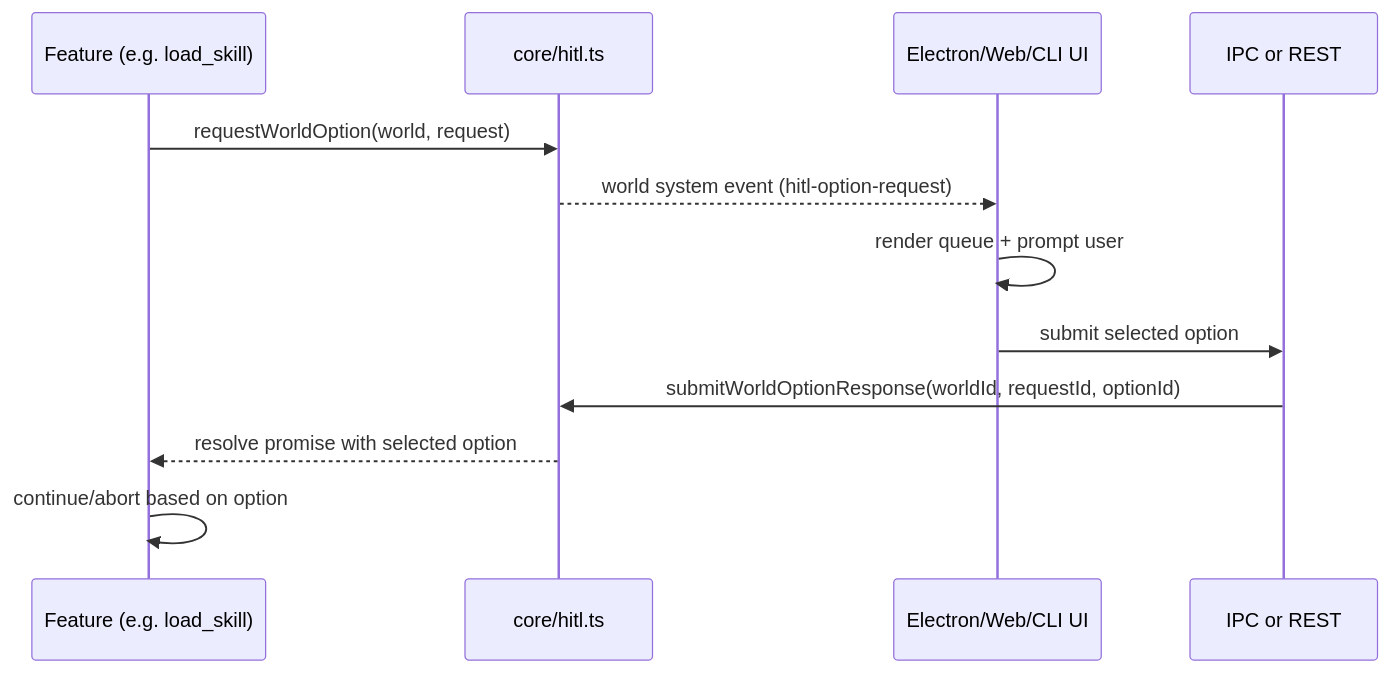
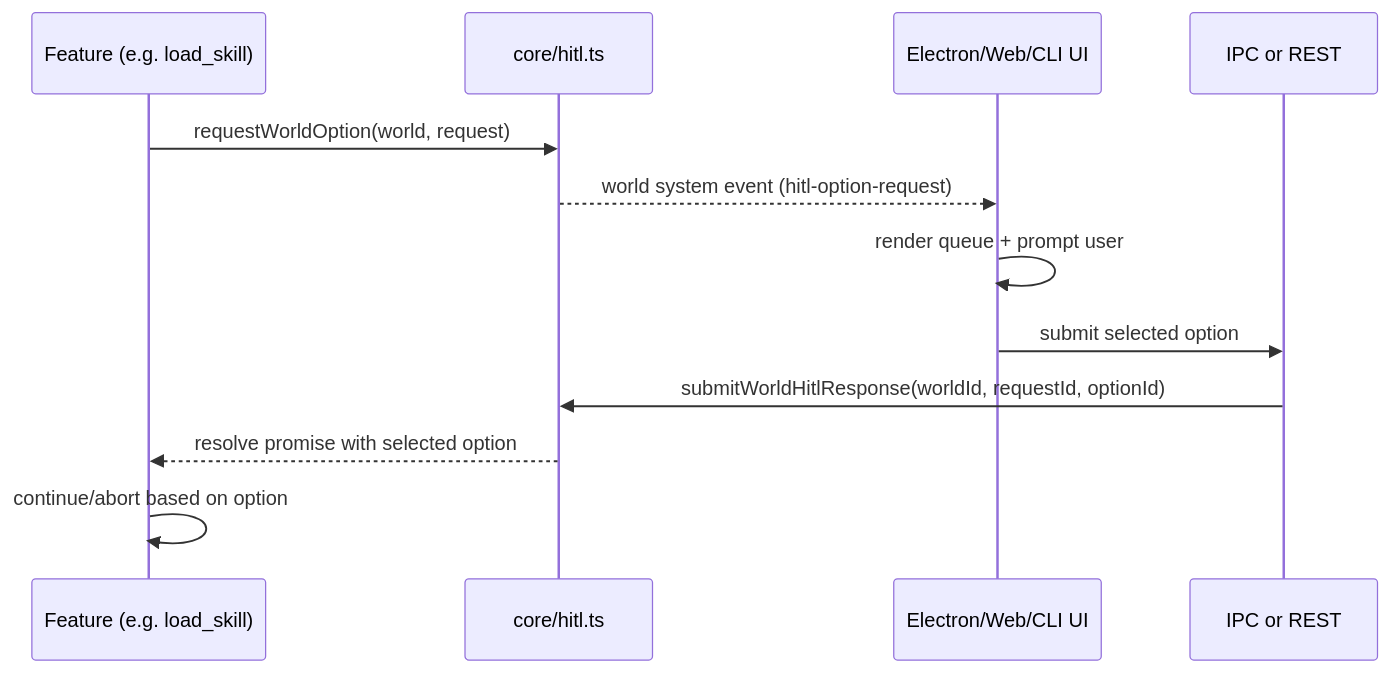
One commit to yysun/agent-world changed the diagram in docs/hitl-approval-flow.md. Above: the diagram before and after it, drawn with Mermaid. The commit also changed other lines of this file and 41 other files, not shown here.

````diff
--- a/docs/hitl-approval-flow.md
+++ b/docs/hitl-approval-flow.md
@@ -151,15 +169,15 @@
 ```mermaid
 sequenceDiagram
     participant Feature as Feature (e.g. load_skill)
     participant Core as core/hitl.ts
     participant Client as Electron/Web/CLI UI
     participant Bridge as IPC or REST
 
     Feature->>Core: requestWorldOption(world, request)
     Core-->>Client: world system event (hitl-option-request)
     Client->>Client: render queue + prompt user
     Client->>Bridge: submit selected option
-    Bridge->>Core: submitWorldOptionResponse(worldId, requestId, optionId)
+    Bridge->>Core: submitWorldHitlResponse(worldId, requestId, optionId)
     Core-->>Feature: resolve promise with selected option
     Feature->>Feature: continue/abort based on option
 ```
````
